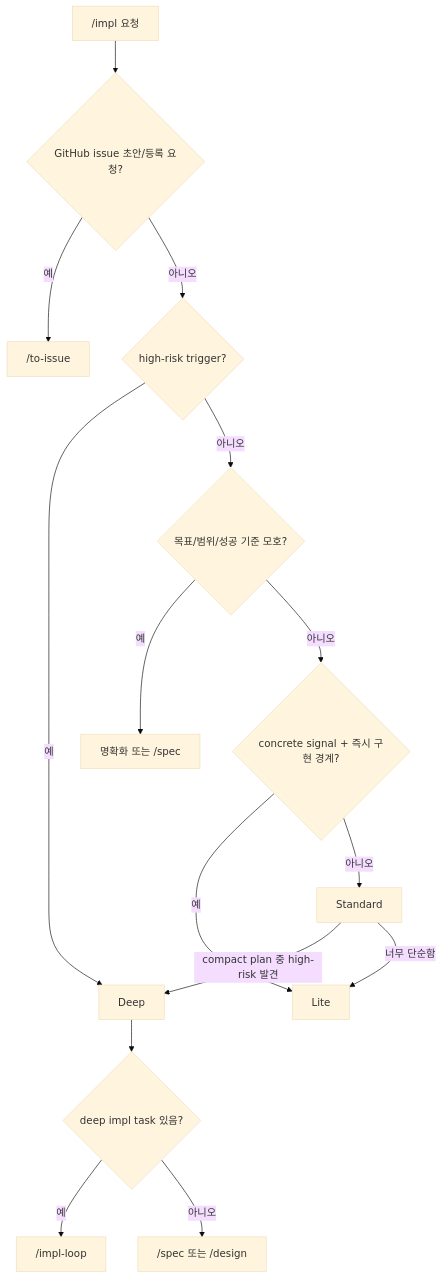
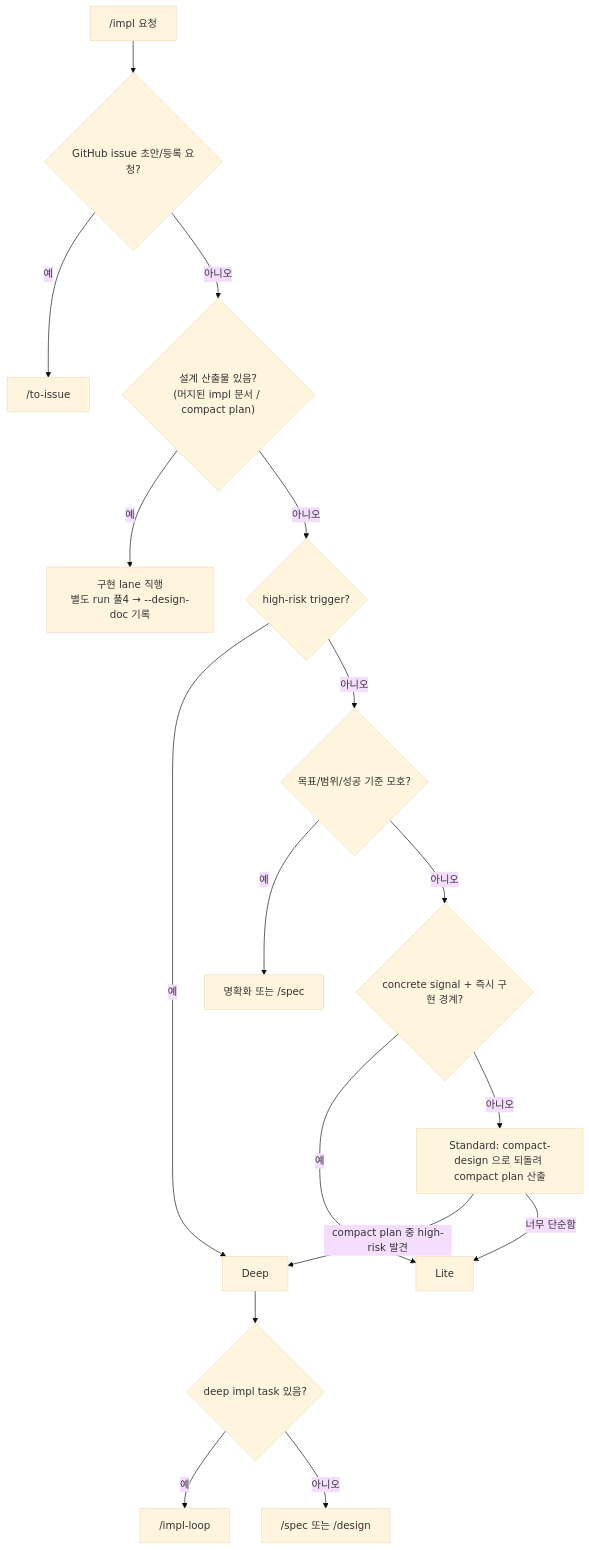
Before and after one commit to alruminum/dcNess: the diagram in skills/impl/impl-routing.md, drawn with Mermaid (base theme). The commit also changed other lines of this file, not shown here.

Commit message:
[feature] 리뷰 반영 — impl 라우팅 mermaid 에 설계 산출물 유무 1차 분기 노드 추가
## 관련 이슈 번호
#702

## 작업내용
- skills/impl/impl-routing.md — 자체 서브에이전트 리뷰 MINOR 반영. 라우팅 진본인
  mermaid 그래프 최상단에 DOC{설계 산출물 있음?} 1차 분기 노드 추가. Step 0.5
  prose 와 그래프(진본)가 1차 기준을 두고 어긋나던 것을 정합. 설계 깊이 판단은
  하위(HR/CS)로 내려보냄을 그래프로도 명시.

## Test Plan
- [x] node scripts/check_cross_refs.mjs (PASS)
- [x] python3.11 -m unittest tests.test_surface_docs_sync tests.test_public_surface (OK)

````diff
--- a/skills/impl/impl-routing.md
+++ b/skills/impl/impl-routing.md
@@ -12,17 +12,19 @@
 ```mermaid
 flowchart TB
   REQ["/impl 요청"] --> MAKE{"GitHub issue 초안/등록 요청?"}
   MAKE -->|예| TI["/to-issue"]
-  MAKE -->|아니오| HR{"high-risk trigger?"}
+  MAKE -->|아니오| DOC{"설계 산출물 있음?<br/>(머지된 impl 문서 / compact plan)"}
+  DOC -->|예| IMPL["구현 lane 직행<br/>별도 run 풀4 → --design-doc 기록"]
+  DOC -->|아니오| HR{"high-risk trigger?"}
   HR -->|예| DP["Deep"]
   HR -->|아니오| AM{"목표/범위/성공 기준 모호?"}
   AM -->|예| CL["명확화 또는 /spec"]
   AM -->|아니오| CS{"concrete signal + 즉시 구현 경계?"}
   CS -->|예| LT["Lite"]
-  CS -->|아니오| ST["Standard"]
+  CS -->|아니오| ST["Standard: compact-design 으로 되돌려 compact plan 산출"]
   ST -->|compact plan 중 high-risk 발견| DP
   ST -->|너무 단순함| LT
   DP --> DPT{"deep impl task 있음?"}
   DPT -->|예| IL["/impl-loop <task>"]
   DPT -->|아니오| PLAN["/spec 또는 /design"]
 ```
````
